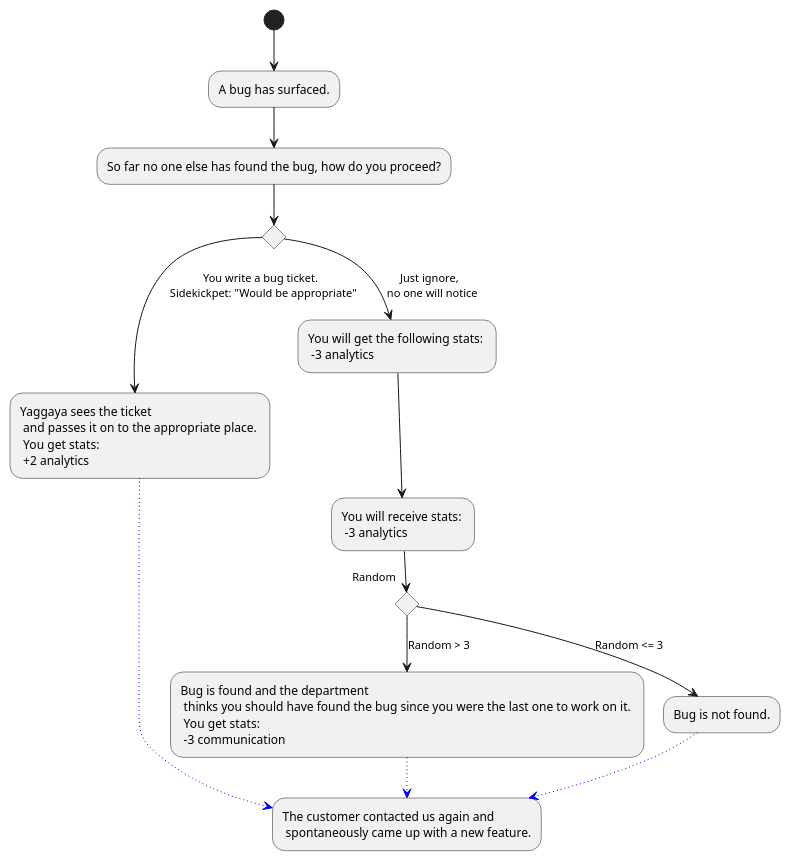
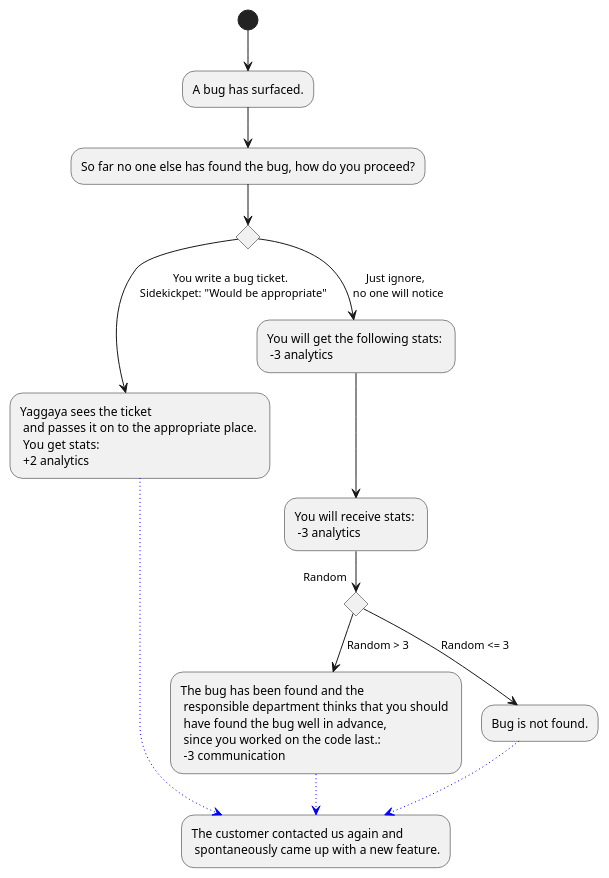
The diagram in Docs/Technical Specifications/docs/diagrams/StoryFlow/StoryFlow_Decision_11.puml (Brotenko/QualityQuest), drawn with PlantUML before and after one commit.

Commit message:
Update Docs/Technical Specifications/docs/diagrams/StoryFlow/StoryFlow_Decision_11.puml

```diff
--- a/Docs/Technical Specifications/docs/diagrams/StoryFlow/StoryFlow_Decision_11.puml
+++ b/Docs/Technical Specifications/docs/diagrams/StoryFlow/StoryFlow_Decision_11.puml
@@ -1,19 +1,19 @@
 @startuml
 (*) --> "A bug has surfaced."
 --> "So far no one else has found the bug, how do you proceed?"
 if "" then 
 --> [You write a bug ticket. \n Sidekickpet: "Would be appropriate"] "Yaggaya sees the ticket \n and passes it on to the appropriate place. \n You get stats: \n +2 analytics" as y
 else
 --> [Just ignore, \n no one will notice] "You will get the following stats: \n -3 analytics" as x
 endif
 --> "You will receive stats: \n -3 analytics"
 if "Random" then
---> [Random > 3] "Bug is found and the department \n thinks you should have found the bug since you were the last one to work on it. \n You get stats: \n -3 communication" as p
+--> [Random > 3] "The bug has been found and the \n responsible department thinks that you should \n have found the bug well in advance, \n since you worked on the code last.: \n -3 communication" as p
 
 else
 --> [Random <= 3] "Bug is not found."
 -[#blue,dotted]-> "The customer contacted us again and \n spontaneously came up with a new feature." as f 
 endif
 p -[#blue,dotted]-> f
 y -[#blue,dotted]-> f
 @enduml
```
